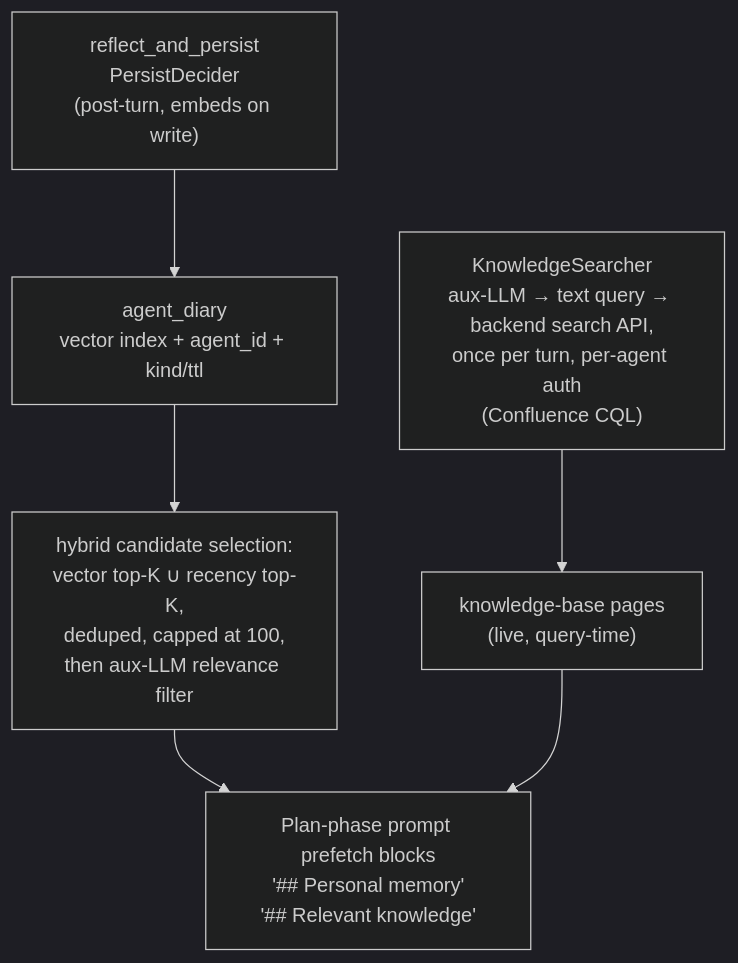
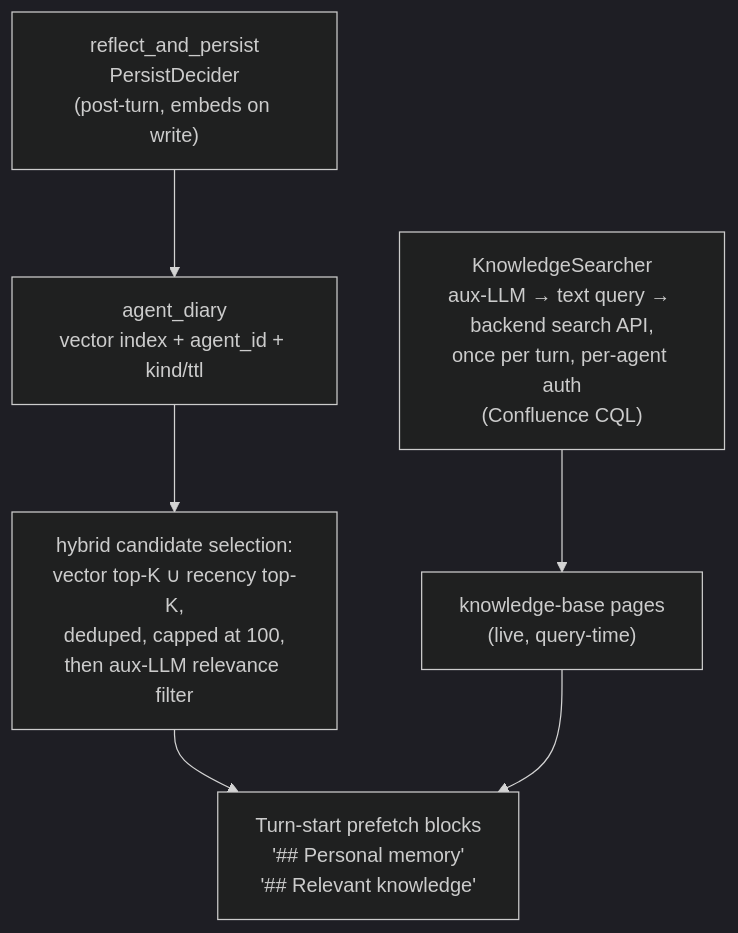
The diagram in docs/concepts/knowledge-system.md (crewlet/crewlet), drawn with Mermaid (dark theme) before and after one commit. The commit also changed other lines of this file and 194 other files, not shown here.

````diff
--- a/docs/concepts/knowledge-system.md
+++ b/docs/concepts/knowledge-system.md
@@ -14,11 +14,11 @@
 ```mermaid
 flowchart TD
     RP["reflect_and_persist<br/>PersistDecider<br/>(post-turn, embeds on write)"]
     DIARY["agent_diary<br/>vector index + agent_id + kind/ttl"]
     SEL["hybrid candidate selection:<br/>vector top-K ∪ recency top-K,<br/>deduped, capped at 100,<br/>then aux-LLM relevance filter"]
-    PROMPT["Plan-phase prompt prefetch blocks<br/>'## Personal memory'<br/>'## Relevant knowledge'"]
+    PROMPT["Turn-start prefetch blocks<br/>'## Personal memory'<br/>'## Relevant knowledge'"]
     KB["knowledge-base pages<br/>(live, query-time)"]
     KS["KnowledgeSearcher<br/>aux-LLM → text query → backend search API,<br/>once per turn, per-agent auth<br/>(Confluence CQL)"]
     RP --> DIARY --> SEL --> PROMPT
     KS --> KB --> PROMPT
 ```
````
